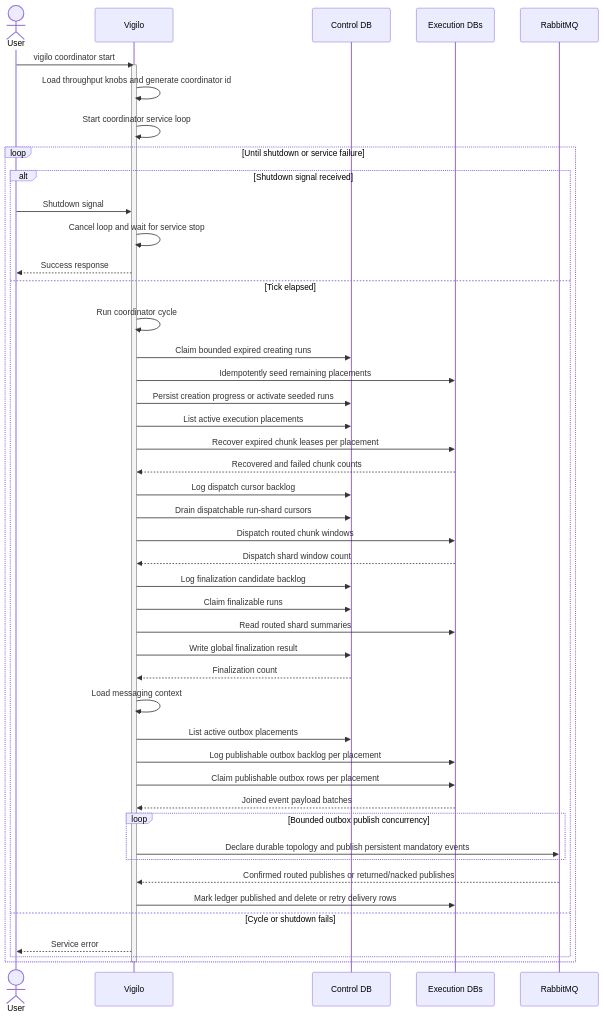
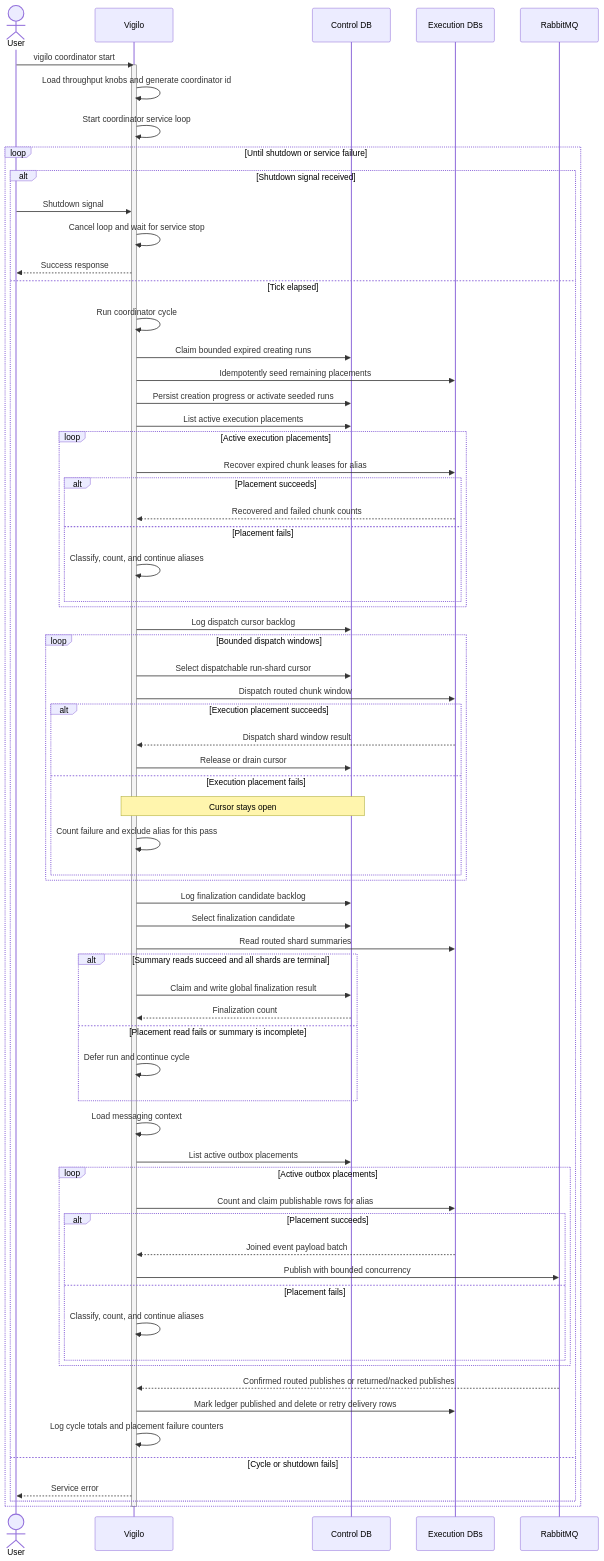
The diagram in web/docs/architecture/flows/coordinator/start/execution-flow.mmd (gregl83/agent-vigilo), drawn with Mermaid before and after one commit. The commit also changed 10 other files, not shown here.

```diff
--- a/web/docs/architecture/flows/coordinator/start/execution-flow.mmd
+++ b/web/docs/architecture/flows/coordinator/start/execution-flow.mmd
@@ -1,57 +1,79 @@
 ---
 config:
   flowchart:
     nodeSpacing: 150
     rankSpacing: 80
   themeVariables:
     edgeLabelBackground: 'transparent'
 ---
 sequenceDiagram
     actor User
     participant Vigilo
     participant ControlDB as Control DB
     participant ExecutionDB as Execution DBs
     participant Queue as RabbitMQ
 
     User->>Vigilo: vigilo coordinator start
     activate Vigilo
     Vigilo->>Vigilo: Load throughput knobs and generate coordinator id
     Vigilo->>Vigilo: Start coordinator service loop
 
     loop Until shutdown or service failure
         alt Shutdown signal received
             User->>Vigilo: Shutdown signal
             Vigilo->>Vigilo: Cancel loop and wait for service stop
             Vigilo-->>User: Success response
         else Tick elapsed
             Vigilo->>Vigilo: Run coordinator cycle
             Vigilo->>ControlDB: Claim bounded expired creating runs
             Vigilo->>ExecutionDB: Idempotently seed remaining placements
             Vigilo->>ControlDB: Persist creation progress or activate seeded runs
             Vigilo->>ControlDB: List active execution placements
-            Vigilo->>ExecutionDB: Recover expired chunk leases per placement
-            ExecutionDB-->>Vigilo: Recovered and failed chunk counts
+            loop Active execution placements
+                Vigilo->>ExecutionDB: Recover expired chunk leases for alias
+                alt Placement succeeds
+                    ExecutionDB-->>Vigilo: Recovered and failed chunk counts
+                else Placement fails
+                    Vigilo->>Vigilo: Classify, count, and continue aliases
+                end
+            end
             Vigilo->>ControlDB: Log dispatch cursor backlog
-            Vigilo->>ControlDB: Drain dispatchable run-shard cursors
-            Vigilo->>ExecutionDB: Dispatch routed chunk windows
-            ExecutionDB-->>Vigilo: Dispatch shard window count
+            loop Bounded dispatch windows
+                Vigilo->>ControlDB: Select dispatchable run-shard cursor
+                Vigilo->>ExecutionDB: Dispatch routed chunk window
+                alt Execution placement succeeds
+                    ExecutionDB-->>Vigilo: Dispatch shard window result
+                    Vigilo->>ControlDB: Release or drain cursor
+                else Execution placement fails
+                    Note over Vigilo,ControlDB: Cursor stays open
+                    Vigilo->>Vigilo: Count failure and exclude alias for this pass
+                end
+            end
             Vigilo->>ControlDB: Log finalization candidate backlog
-            Vigilo->>ControlDB: Claim finalizable runs
+            Vigilo->>ControlDB: Select finalization candidate
             Vigilo->>ExecutionDB: Read routed shard summaries
-            Vigilo->>ControlDB: Write global finalization result
-            ControlDB-->>Vigilo: Finalization count
+            alt Summary reads succeed and all shards are terminal
+                Vigilo->>ControlDB: Claim and write global finalization result
+                ControlDB-->>Vigilo: Finalization count
+            else Placement read fails or summary is incomplete
+                Vigilo->>Vigilo: Defer run and continue cycle
+            end
             Vigilo->>Vigilo: Load messaging context
             Vigilo->>ControlDB: List active outbox placements
-            Vigilo->>ExecutionDB: Log publishable outbox backlog per placement
-            Vigilo->>ExecutionDB: Claim publishable outbox rows per placement
-            ExecutionDB-->>Vigilo: Joined event payload batches
-            loop Bounded outbox publish concurrency
-                Vigilo->>Queue: Declare durable topology and publish persistent mandatory events
+            loop Active outbox placements
+                Vigilo->>ExecutionDB: Count and claim publishable rows for alias
+                alt Placement succeeds
+                    ExecutionDB-->>Vigilo: Joined event payload batch
+                    Vigilo->>Queue: Publish with bounded concurrency
+                else Placement fails
+                    Vigilo->>Vigilo: Classify, count, and continue aliases
+                end
             end
             Queue-->>Vigilo: Confirmed routed publishes or returned/nacked publishes
             Vigilo->>ExecutionDB: Mark ledger published and delete or retry delivery rows
+            Vigilo->>Vigilo: Log cycle totals and placement failure counters
         else Cycle or shutdown fails
             Vigilo-->>User: Service error
         end
     end
     deactivate Vigilo
```
